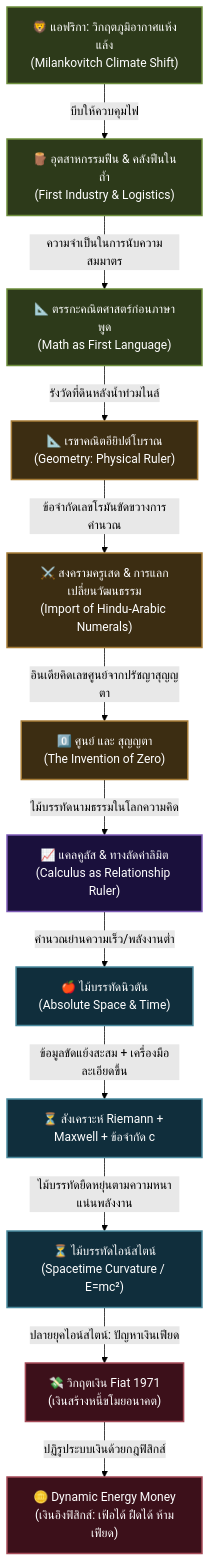
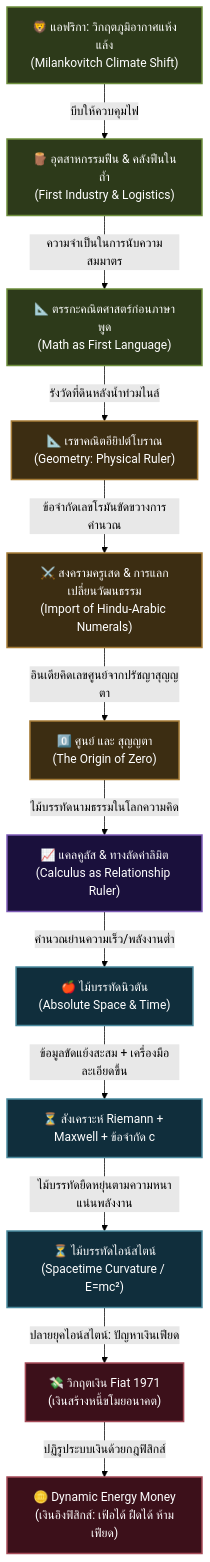
Before and after one commit to ellipszist/unityequilibriumtheory: the diagram in docs/incubator/01_policy_and_strategy/the_origin_of_wealth_book_blueprint.md, drawn with Mermaid (forest theme). The commit also changed other lines of this file, not shown here.

````diff
--- a/docs/incubator/01_policy_and_strategy/the_origin_of_wealth_book_blueprint.md
+++ b/docs/incubator/01_policy_and_strategy/the_origin_of_wealth_book_blueprint.md
@@ -9,36 +9,36 @@
 ```mermaid
 graph TD
     %% Hominid & Firewood Phase
     Savannah["🦁 แอฟริกา: วิกฤตภูมิอากาศแห้งแล้ง<br/>(Milankovitch Climate Shift)"] -->|บีบให้ควบคุมไฟ| Firewood["🪵 อุตสาหกรรมฟืน & คลังฟืนในถ้ำ<br/>(First Industry & Logistics)"]
     Firewood -->|ความจำเป็นในการนับความสมมาตร| MathLogics["📐 ตรรกะคณิตศาสตร์ก่อนภาษาพูด<br/>(Math as First Language)"]
     
     %% Historical Rulers Phase
     MathLogics -->|รังวัดที่ดินหลังน้ำท่วมไนล์| Egypt["📐 เรขาคณิตอียิปต์โบราณ<br/>(Geometry: Physical Ruler)"]
     Egypt -->|ข้อจำกัดเลขโรมันขัดขวางการคำนวณ| Crusade["⚔️ สงครามครูเสด & การแลกเปลี่ยนวัฒนธรรม<br/>(Import of Hindu-Arabic Numerals)"]
-    Crusade -->|อินเดียคิดเลขศูนย์จากปรัชญาสุญญตา| India["0️⃣ ศูนย์ และ สุญญตา<br/>(The Invention of Zero)"]
+    Crusade -->|อินเดียคิดเลขศูนย์จากปรัชญาสุญญตา| India["0️⃣ ศูนย์ และ สุญญตา<br/>(The Origin of Zero)"]
     
     %% Abstract Rulers Phase
     India -->|ไม้บรรทัดนามธรรมในโลกความคิด| Calculus["📈 แคลคูลัส & ทางลัดค่าลิมิต<br/>(Calculus as Relationship Ruler)"]
     Calculus -->|คำนวณย่านความเร็ว/พลังงานต่ำ| Newton["🍎 ไม้บรรทัดนิวตัน<br/>(Absolute Space & Time)"]
     
     %% Epistemological Upgrades
     Newton -->|ข้อมูลขัดแย้งสะสม + เครื่องมือละเอียดขึ้น| EinsteinUpgrade["⏳ สังเคราะห์ Riemann + Maxwell + ข้อจำกัด c"]
     EinsteinUpgrade -->|ไม้บรรทัดยืดหยุ่นตามความหนาแน่นพลังงาน| Einstein["⏳ ไม้บรรทัดไอน์สไตน์<br/>(Spacetime Curvature / E=mc²)"]
     
     %% Modern Economic Phase
     Einstein -->|ปลายยุคไอน์สไตน์: ปัญหาเงินเฟียด| FiatGlitch["💸 วิกฤตเงิน Fiat 1971<br/>(เงินสร้างหนี้ขโมยอนาคต)"]
     FiatGlitch -->|ปฏิรูประบบเงินด้วยกฎฟิสิกส์| DynamicMoney["🪙 Dynamic Energy Money<br/>(เงินอิงฟิสิกส์: เฟ้อได้ ฝืดได้ ห้ามเฟียด)"]
     
     %% Styling
     classDef hominid fill:#2d3a1a,stroke:#6e8f3d,stroke-width:2px,color:#fff;
     classDef history fill:#3c2d12,stroke:#a67c37,stroke-width:2px,color:#fff;
     classDef abstract fill:#1a103c,stroke:#7d5bb6,stroke-width:2px,color:#fff;
     classDef science fill:#102e3c,stroke:#4a8a9e,stroke-width:2px,color:#fff;
     classDef econ fill:#3c101a,stroke:#a64b58,stroke-width:2px,color:#fff;
     
     class Savannah,Firewood,MathLogics hominid;
     class Egypt,Crusade,India history;
     class Calculus abstract;
     class Newton,EinsteinUpgrade,Einstein science;
     class FiatGlitch,DynamicMoney econ;
 ```
````
